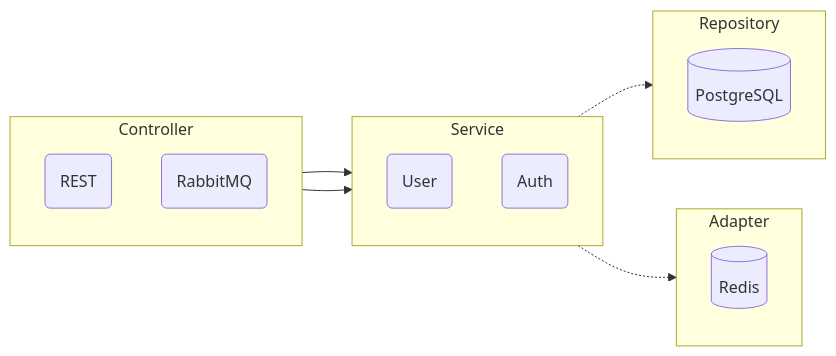
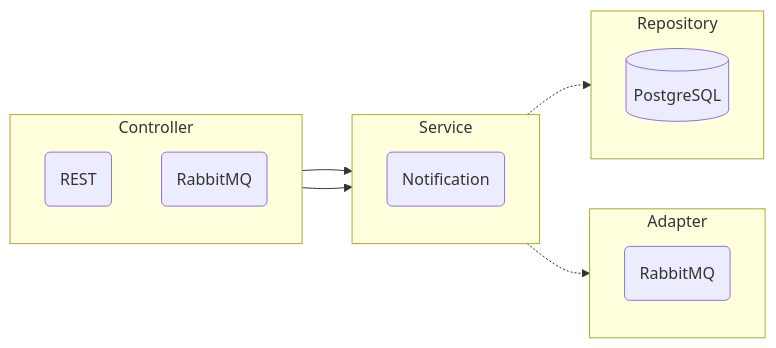
The diagram in services/notification/README.md (dsbasko/yandex-go-diploma-1), drawn with Mermaid before and after one commit. The commit also changed other lines of this file and 59 other files, not shown here.

````diff
--- a/services/notification/README.md
+++ b/services/notification/README.md
@@ -19,28 +16,26 @@
 ```mermaid
 flowchart LR
-
     subgraph controller[Controller]
         direction TB
         rest(REST)
         rmqConsumer(RabbitMQ)
     end
 
     subgraph service[Service]
         direction TB
-        userService(User)
-        authService(Auth)
+        notificationService(Notification)
     end
 
     subgraph repository[Repository]
         direction TB
         psql[(PostgreSQL)]
     end
 
     subgraph adapter[Adapter]
         direction TB
-        redis[(Redis)]
+        rmqPublisher(RabbitMQ)
     end
-    
+
     rest & rmqConsumer --> service
     service -.-> repository & adapter
 ```
````
